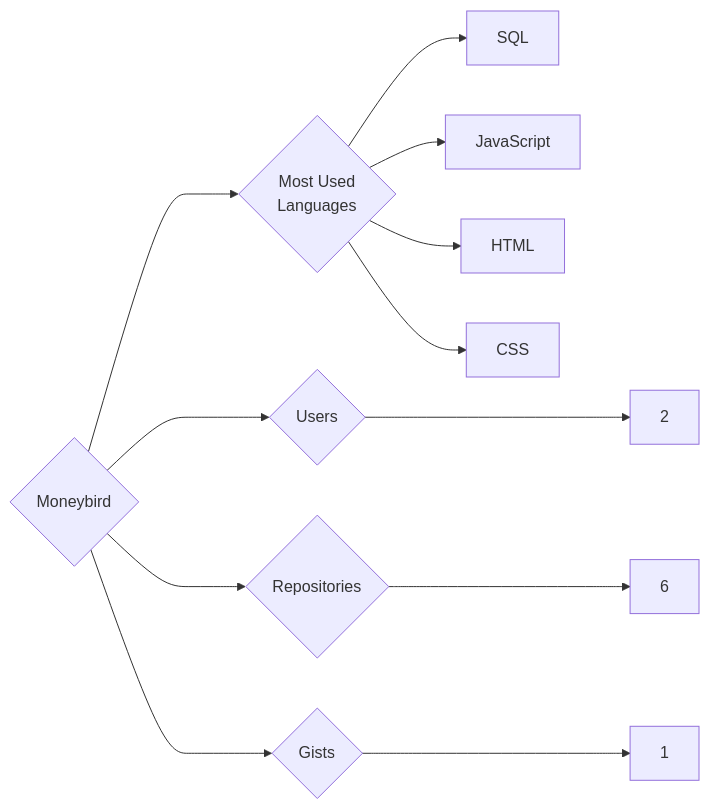
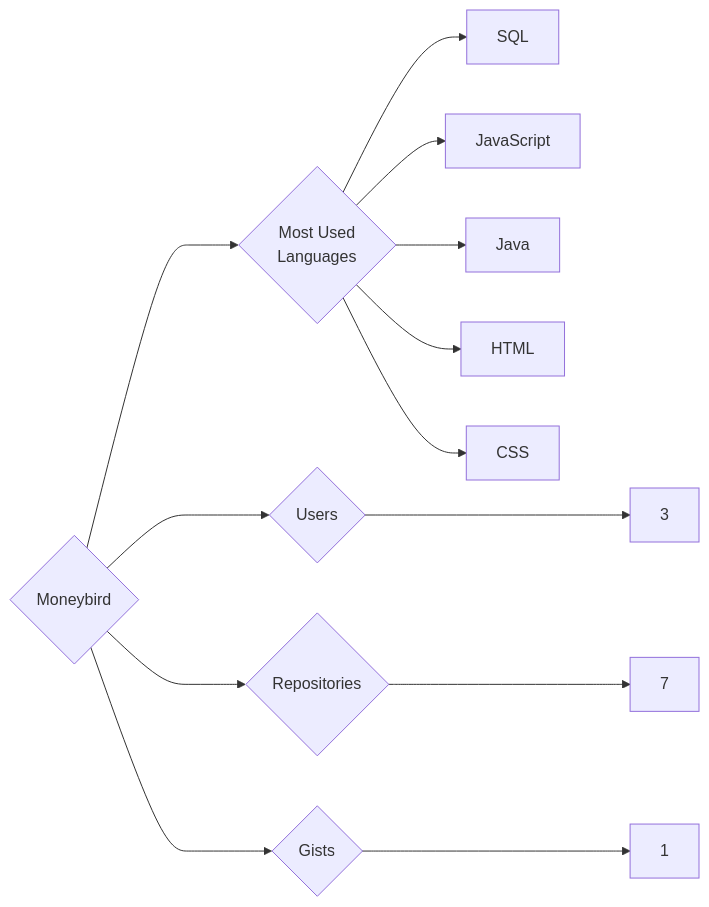
The diagram in targets/Moneybird/README.md (trickest/insiders), drawn with Mermaid before and after one commit. The commit also changed 770 other files, not shown here.

````diff
--- a/targets/Moneybird/README.md
+++ b/targets/Moneybird/README.md
@@ -3,12 +3,13 @@
 ```mermaid
 graph LR
 COMPANY_NAME{Moneybird}
-COMPANY_NAME ---> U{Users} ---> UN[2]
-COMPANY_NAME ---> R{Repositories} ---> RN[6]
+COMPANY_NAME ---> U{Users} ---> UN[3]
+COMPANY_NAME ---> R{Repositories} ---> RN[7]
 COMPANY_NAME ---> G{Gists} ---> GN[1]
 COMPANY_NAME ---> ML{Most Used<br>Languages}
 ML --> SQL[SQL]
 ML --> JavaScript[JavaScript]
+ML --> Java[Java]
 ML --> HTML[HTML]
 ML --> CSS[CSS]
 ```
````
